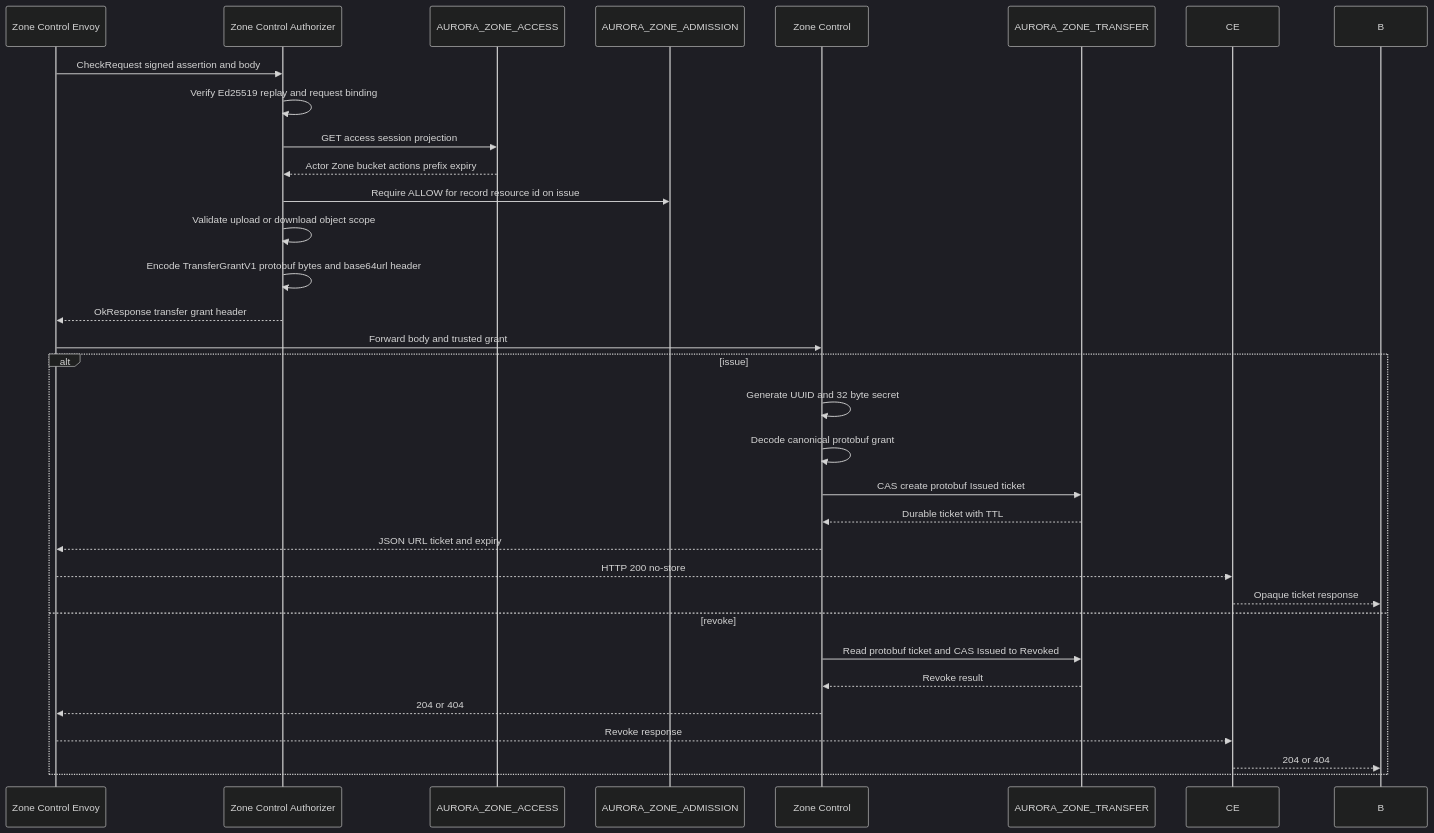
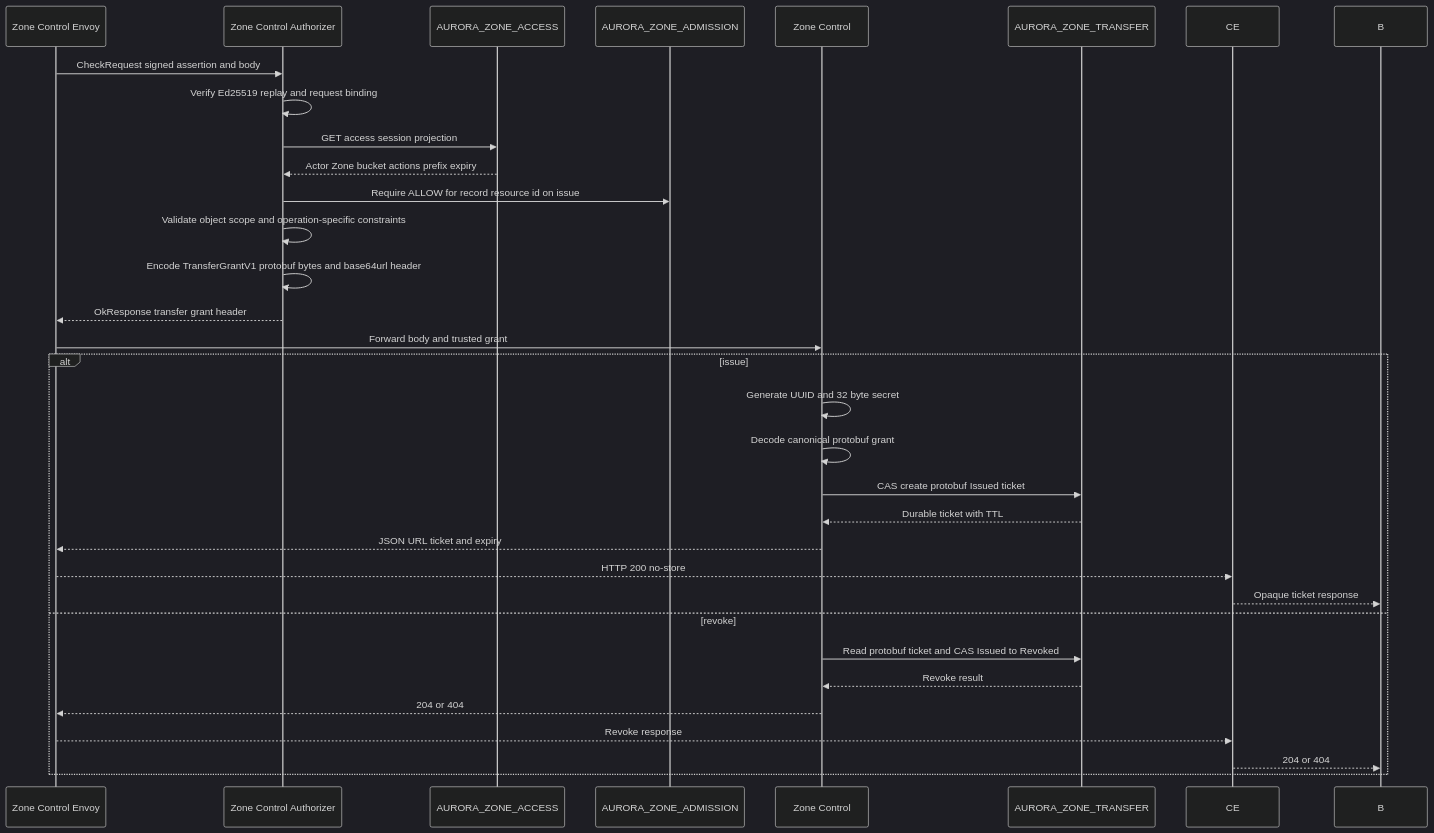
The second of 3 diagrams in god_view/storage/personal_storage_transfer_ticket_issue_god_view_workflow.md (phucle996/aurora), drawn with Mermaid (dark theme) before and after one commit. The commit also changed other lines of this file and 11 other files, not shown here.

````diff
--- a/god_view/storage/personal_storage_transfer_ticket_issue_god_view_workflow.md
+++ b/god_view/storage/personal_storage_transfer_ticket_issue_god_view_workflow.md
@@ -117,34 +117,34 @@
 ```mermaid
 sequenceDiagram
     participant ZE as Zone Control Envoy
     participant ZA as Zone Control Authorizer
     participant KV as AURORA_ZONE_ACCESS
     participant AD as AURORA_ZONE_ADMISSION
     participant ZC as Zone Control
     participant TV as AURORA_ZONE_TRANSFER
 
     ZE->>ZA: CheckRequest signed assertion and body
     ZA->>ZA: Verify Ed25519 replay and request binding
     ZA->>KV: GET access session projection
     KV-->>ZA: Actor Zone bucket actions prefix expiry
     ZA->>AD: Require ALLOW for record resource id on issue
-    ZA->>ZA: Validate upload or download object scope
+    ZA->>ZA: Validate object scope and operation-specific constraints
     ZA->>ZA: Encode TransferGrantV1 protobuf bytes and base64url header
     ZA-->>ZE: OkResponse transfer grant header
     ZE->>ZC: Forward body and trusted grant
     alt issue
         ZC->>ZC: Generate UUID and 32 byte secret
         ZC->>ZC: Decode canonical protobuf grant
         ZC->>TV: CAS create protobuf Issued ticket
         TV-->>ZC: Durable ticket with TTL
         ZC-->>ZE: JSON URL ticket and expiry
         ZE-->>CE: HTTP 200 no-store
         CE-->>B: Opaque ticket response
     else revoke
         ZC->>TV: Read protobuf ticket and CAS Issued to Revoked
         TV-->>ZC: Revoke result
         ZC-->>ZE: 204 or 404
         ZE-->>CE: Revoke response
         CE-->>B: 204 or 404
     end
 ```
````
